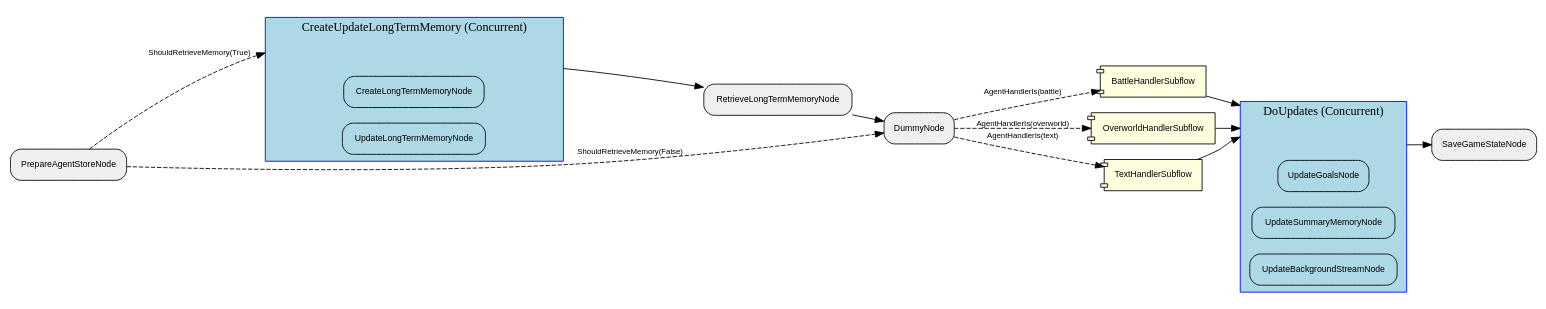
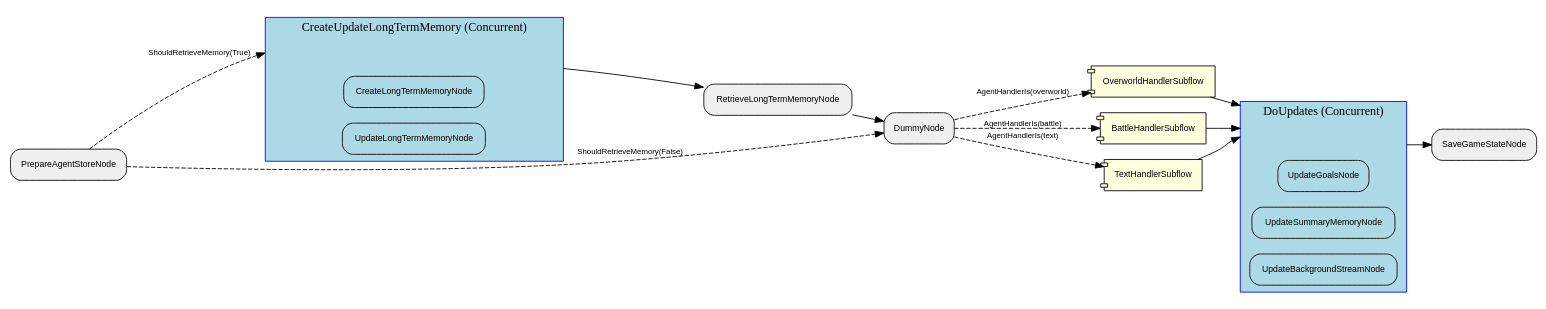
Before and after one commit to clambro/ai-plays-pokemon: the diagram in visualization/agent_graph/Graph.dot, drawn with Graphviz. The commit also changed 36 other files, not shown here.

```diff
--- a/visualization/agent_graph/Graph.dot
+++ b/visualization/agent_graph/Graph.dot
@@ -1,48 +1,48 @@
 digraph "G" {
   rankdir=LR;
   compound=true;
   node [shape=box, style="rounded,filled", fillcolor="#EFEFEF", fontname="Helvetica", fontsize=10];
   edge [fontname="Helvetica", fontsize=9];
-  subgraph "cluster_lSMrRI0aTqw35b1ESDo26" {
+  subgraph "cluster_1oRfyXrGPcCEyqtdQu0Na" {
     label="CreateUpdateLongTermMemory (Concurrent)";
     style="filled"; fillcolor="lightblue"; color="blue";
     node [fillcolor="lightblue", style="filled,rounded"];
-    "lSMrRI0aTqw35b1ESDo26__entry" [label="", shape=point, width=0.01, style=invis];
-    "lSMrRI0aTqw35b1ESDo26__exit"  [label="", shape=point, width=0.01, style=invis];
-    "4fcQYjjBFgLuOcStIRQJi" [label="CreateLongTermMemoryNode"];
-    rh3qiEFxoiyaFd1hmWhmw [label="UpdateLongTermMemoryNode"];
+    "1oRfyXrGPcCEyqtdQu0Na__entry" [label="", shape=point, width=0.01, style=invis];
+    "1oRfyXrGPcCEyqtdQu0Na__exit"  [label="", shape=point, width=0.01, style=invis];
+    hU7PV3luT6LRVVsOQn2Op [label="CreateLongTermMemoryNode"];
+    fpiQvZmuKhEC8wlcY1hTt [label="UpdateLongTermMemoryNode"];
   }
-  subgraph "cluster_hGSyXelUWzNpVo8r5UCGy" {
+  subgraph "cluster_UD3UAbNj0GcYHiPq8TY82" {
     label="DoUpdates (Concurrent)";
     style="filled"; fillcolor="lightblue"; color="blue";
     node [fillcolor="lightblue", style="filled,rounded"];
-    "hGSyXelUWzNpVo8r5UCGy__entry" [label="", shape=point, width=0.01, style=invis];
-    "hGSyXelUWzNpVo8r5UCGy__exit"  [label="", shape=point, width=0.01, style=invis];
-    gBLZrmphQxCrqfhBOCEOn [label="UpdateGoalsNode"];
-    tr8VY3hQ0ikfKZVTHR2Gr [label="UpdateSummaryMemoryNode"];
-    aYsxUBms9t8IRxfUAl6ht [label="UpdateBackgroundStreamNode"];
+    "UD3UAbNj0GcYHiPq8TY82__entry" [label="", shape=point, width=0.01, style=invis];
+    "UD3UAbNj0GcYHiPq8TY82__exit"  [label="", shape=point, width=0.01, style=invis];
+    xlT9pEITdpFgbo6P7fr6A [label="UpdateGoalsNode"];
+    LTzJrsXyBkeVPc8xb6gSg [label="UpdateSummaryMemoryNode"];
+    w3utmlSe25CSFjCST31tE [label="UpdateBackgroundStreamNode"];
   }
-  pV5IhbOHNnKnbTWQ7TyfB [label="DummyNode"];
-  bgcx8t9WlnR30iGpjuKzP [label="BattleHandlerSubflow", shape=component, style="filled,rounded", fillcolor="lightyellow"];
-  gBLZrmphQxCrqfhBOCEOn [label="UpdateGoalsNode"];
-  aYsxUBms9t8IRxfUAl6ht [label="UpdateBackgroundStreamNode"];
-  tr8VY3hQ0ikfKZVTHR2Gr [label="UpdateSummaryMemoryNode"];
-  rh3qiEFxoiyaFd1hmWhmw [label="UpdateLongTermMemoryNode"];
-  DmIelVdepWjFgfe9NkQs7 [label="OverworldHandlerSubflow", shape=component, style="filled,rounded", fillcolor="lightyellow"];
-  Lp69oKEnoeQJCYgGDtT3H [label="SaveGameStateNode"];
-  "4fcQYjjBFgLuOcStIRQJi" [label="CreateLongTermMemoryNode"];
-  "4SEY5zpaDNdypCujcSJwD" [label="TextHandlerSubflow", shape=component, style="filled,rounded", fillcolor="lightyellow"];
-  z0XqkpqF7ho5may5EkDNF [label="RetrieveLongTermMemoryNode"];
-  "02pABb5hxICR1dBcMsI8Q" [label="PrepareAgentStoreNode"];
-  "02pABb5hxICR1dBcMsI8Q" -> lSMrRI0aTqw35b1ESDo26__entry [lhead="cluster_lSMrRI0aTqw35b1ESDo26", style="dashed", label="ShouldRetrieveMemory(True)"];
-  lSMrRI0aTqw35b1ESDo26__exit -> z0XqkpqF7ho5may5EkDNF [ltail="cluster_lSMrRI0aTqw35b1ESDo26", style="solid"];
-  "02pABb5hxICR1dBcMsI8Q" -> pV5IhbOHNnKnbTWQ7TyfB [style="dashed", label="ShouldRetrieveMemory(False)"];
-  z0XqkpqF7ho5may5EkDNF -> pV5IhbOHNnKnbTWQ7TyfB [style="solid"];
-  pV5IhbOHNnKnbTWQ7TyfB -> DmIelVdepWjFgfe9NkQs7 [style="dashed", label="AgentHandlerIs(overworld)"];
-  pV5IhbOHNnKnbTWQ7TyfB -> bgcx8t9WlnR30iGpjuKzP [style="dashed", label="AgentHandlerIs(battle)"];
-  pV5IhbOHNnKnbTWQ7TyfB -> "4SEY5zpaDNdypCujcSJwD" [style="dashed", label="AgentHandlerIs(text)"];
-  "4SEY5zpaDNdypCujcSJwD" -> hGSyXelUWzNpVo8r5UCGy__entry [lhead="cluster_hGSyXelUWzNpVo8r5UCGy", style="solid"];
-  bgcx8t9WlnR30iGpjuKzP -> hGSyXelUWzNpVo8r5UCGy__entry [lhead="cluster_hGSyXelUWzNpVo8r5UCGy", style="solid"];
-  DmIelVdepWjFgfe9NkQs7 -> hGSyXelUWzNpVo8r5UCGy__entry [lhead="cluster_hGSyXelUWzNpVo8r5UCGy", style="solid"];
-  hGSyXelUWzNpVo8r5UCGy__exit -> Lp69oKEnoeQJCYgGDtT3H [ltail="cluster_hGSyXelUWzNpVo8r5UCGy", style="solid"];
+  WQ9rYxUhB1KhxJy926ErG [label="OverworldHandlerSubflow", shape=component, style="filled,rounded", fillcolor="lightyellow"];
+  "7Ux9TNOigXjiAkE2hIhMz" [label="BattleHandlerSubflow", shape=component, style="filled,rounded", fillcolor="lightyellow"];
+  xlT9pEITdpFgbo6P7fr6A [label="UpdateGoalsNode"];
+  "8Pu11PF4mZB6Hzfgnn0Oh" [label="RetrieveLongTermMemoryNode"];
+  nTFsQjsTte4kM2DLY1RUj [label="TextHandlerSubflow", shape=component, style="filled,rounded", fillcolor="lightyellow"];
+  jd4ROO1swkUKgiLbHWh7d [label="PrepareAgentStoreNode"];
+  "7gDpNVKWMgCTXVXDNzH0z" [label="DummyNode"];
+  w3utmlSe25CSFjCST31tE [label="UpdateBackgroundStreamNode"];
+  d9RIHXEdTjjix1eM85blf [label="SaveGameStateNode"];
+  LTzJrsXyBkeVPc8xb6gSg [label="UpdateSummaryMemoryNode"];
+  hU7PV3luT6LRVVsOQn2Op [label="CreateLongTermMemoryNode"];
+  fpiQvZmuKhEC8wlcY1hTt [label="UpdateLongTermMemoryNode"];
+  jd4ROO1swkUKgiLbHWh7d -> "1oRfyXrGPcCEyqtdQu0Na__entry" [lhead="cluster_1oRfyXrGPcCEyqtdQu0Na", style="dashed", label="ShouldRetrieveMemory(True)"];
+  "1oRfyXrGPcCEyqtdQu0Na__exit" -> "8Pu11PF4mZB6Hzfgnn0Oh" [ltail="cluster_1oRfyXrGPcCEyqtdQu0Na", style="solid"];
+  jd4ROO1swkUKgiLbHWh7d -> "7gDpNVKWMgCTXVXDNzH0z" [style="dashed", label="ShouldRetrieveMemory(False)"];
+  "8Pu11PF4mZB6Hzfgnn0Oh" -> "7gDpNVKWMgCTXVXDNzH0z" [style="solid"];
+  "7gDpNVKWMgCTXVXDNzH0z" -> WQ9rYxUhB1KhxJy926ErG [style="dashed", label="AgentHandlerIs(overworld)"];
+  "7gDpNVKWMgCTXVXDNzH0z" -> "7Ux9TNOigXjiAkE2hIhMz" [style="dashed", label="AgentHandlerIs(battle)"];
+  "7gDpNVKWMgCTXVXDNzH0z" -> nTFsQjsTte4kM2DLY1RUj [style="dashed", label="AgentHandlerIs(text)"];
+  nTFsQjsTte4kM2DLY1RUj -> UD3UAbNj0GcYHiPq8TY82__entry [lhead="cluster_UD3UAbNj0GcYHiPq8TY82", style="solid"];
+  "7Ux9TNOigXjiAkE2hIhMz" -> UD3UAbNj0GcYHiPq8TY82__entry [lhead="cluster_UD3UAbNj0GcYHiPq8TY82", style="solid"];
+  WQ9rYxUhB1KhxJy926ErG -> UD3UAbNj0GcYHiPq8TY82__entry [lhead="cluster_UD3UAbNj0GcYHiPq8TY82", style="solid"];
+  UD3UAbNj0GcYHiPq8TY82__exit -> d9RIHXEdTjjix1eM85blf [ltail="cluster_UD3UAbNj0GcYHiPq8TY82", style="solid"];
 }
```
